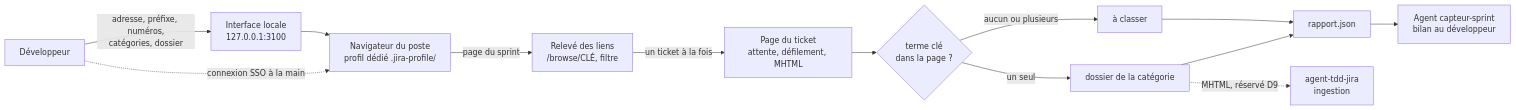
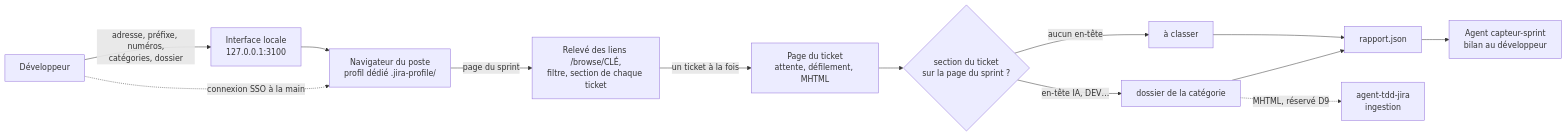
The diagram in specs/capture-sprint-jira/SKILL.md (FredGarcia/Agent2Prompt), drawn with Mermaid before and after one commit. The commit also changed other lines of this file and 16 other files, not shown here.

First line of the commit message:
spec(capture-sprint-jira): version 1.1.0, classement par section de la page du sprint (IA, DEV)

````diff
--- a/specs/capture-sprint-jira/SKILL.md
+++ b/specs/capture-sprint-jira/SKILL.md
@@ -29,15 +29,15 @@
 ```mermaid
 flowchart LR
   DEV["Développeur"] -->|"adresse, préfixe, numéros,<br/>catégories, dossier"| UI["Interface locale<br/>127.0.0.1:3100"]
   DEV -.->|"connexion SSO à la main"| NAV
   UI --> NAV["Navigateur du poste<br/>profil dédié .jira-profile/"]
-  NAV -->|"page du sprint"| REL["Relevé des liens<br/>/browse/CLÉ, filtre"]
+  NAV -->|"page du sprint"| REL["Relevé des liens /browse/CLÉ,<br/>filtre, section de chaque ticket"]
   REL -->|"un ticket à la fois"| CAP["Page du ticket<br/>attente, défilement, MHTML"]
-  CAP --> CLS{"terme clé<br/>dans la page ?"}
-  CLS -->|"un seul"| CAT["dossier de la catégorie"]
-  CLS -->|"aucun ou plusieurs"| AC["à classer"]
+  CAP --> CLS{"section du ticket<br/>sur la page du sprint ?"}
+  CLS -->|"en-tête IA, DEV…"| CAT["dossier de la catégorie"]
+  CLS -->|"aucun en-tête"| AC["à classer"]
   CAT --> RAP["rapport.json"]
   AC --> RAP
   RAP --> AG["Agent capteur-sprint<br/>bilan au développeur"]
   CAT -.->|"MHTML, réservé D9"| TDD["agent-tdd-jira<br/>ingestion"]
 ```
````
